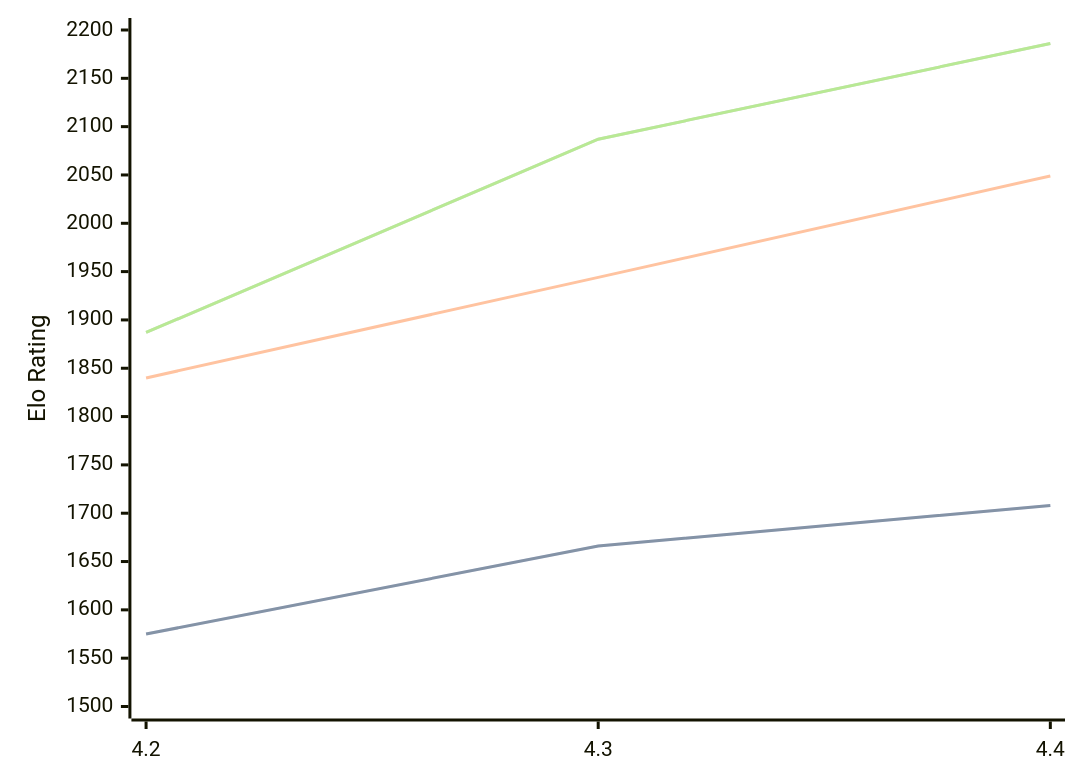
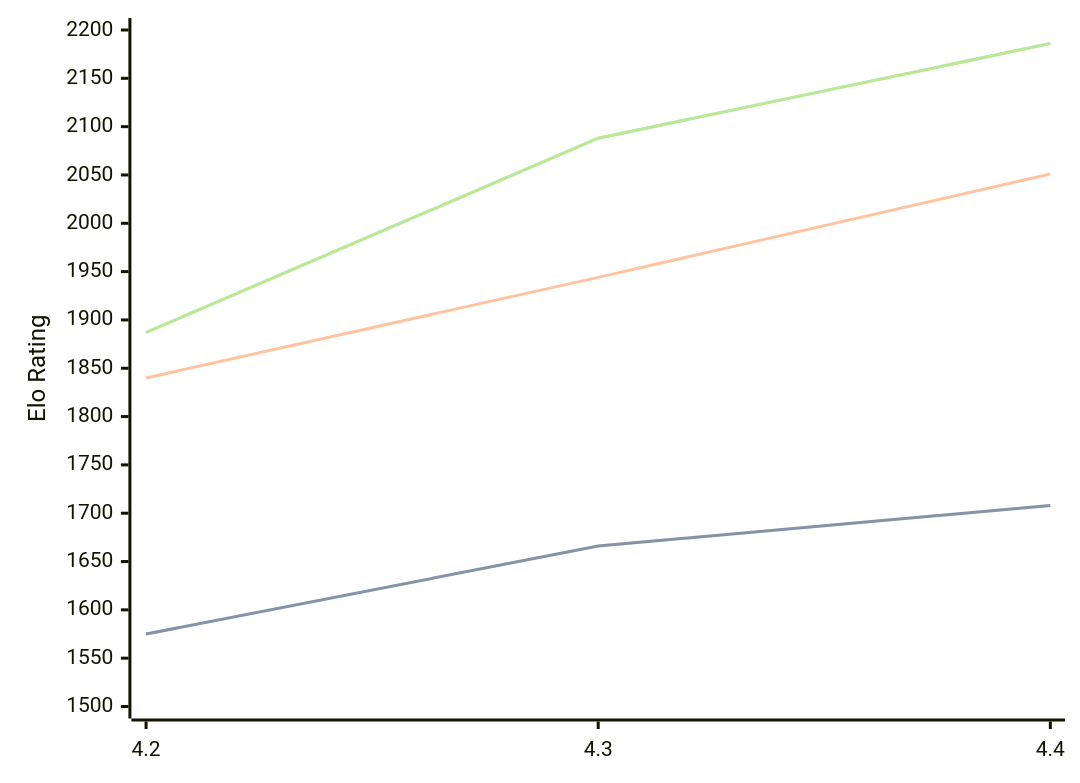
One commit to computer-chess-index/cci changed the third of 3 diagrams in engines/Radiance.md. Above: the diagram before and after it, drawn with Mermaid. The commit also changed other lines of this file, not shown here.

Commit message:
Update CCI Ratings (ELO VLTC) - 2026-07-03

````diff
--- a/engines/Radiance.md
+++ b/engines/Radiance.md
@@ -69,11 +69,11 @@
 ```mermaid
 %%{init: {"theme":"base","themeVariables":{"seriesColors:['#a3a3a3','#222221','#faa371']}}}%%
 xychart-beta
   x-axis ["4.2", "4.3", "4.4"]
   y-axis "Elo Rating" 1500 --> 2200
   line "STC (8.0+0.08s)" [1575, 1666, 1708]
   line "STC (8.0+0.08s)" [1575, 1666, 1708]
-  line "LTC (60.0+0.60s)" [1840, 1944, 2049]
-  line "VLTC (2m24s+1.12s)" [1887, 2087, 2186]
-  line "VLTC (2m24s+1.12s)" [1887, 2087, 2186]
+  line "LTC (60.0+0.60s)" [1840, 1944, 2051]
+  line "VLTC (2m24s+1.12s)" [1887, 2088, 2186]
+  line "VLTC (2m24s+1.12s)" [1887, 2088, 2186]
 ```
````
